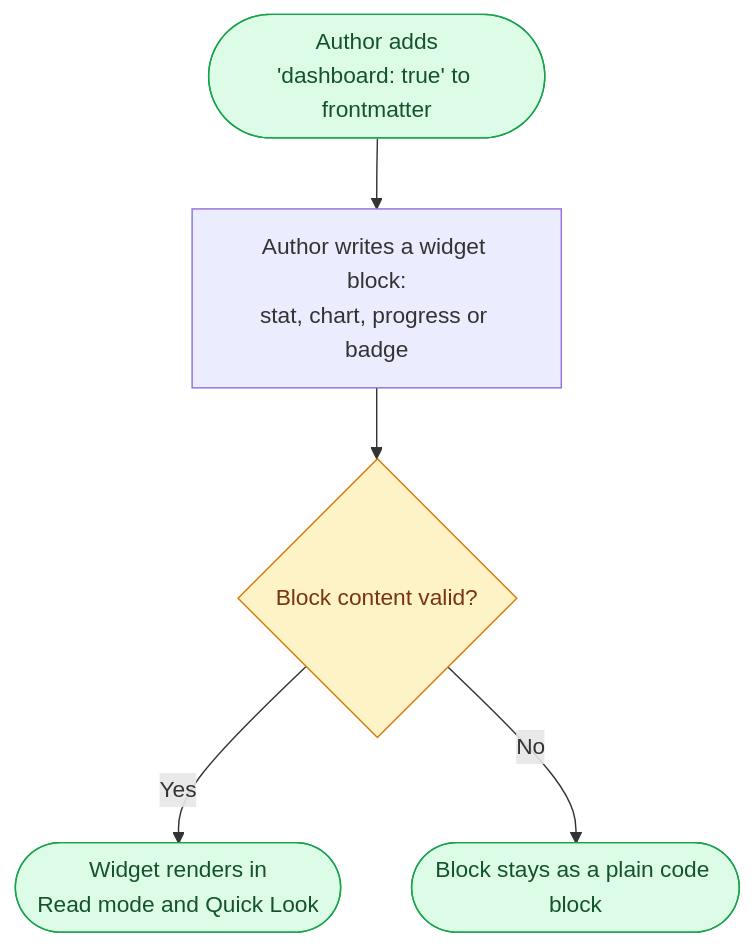
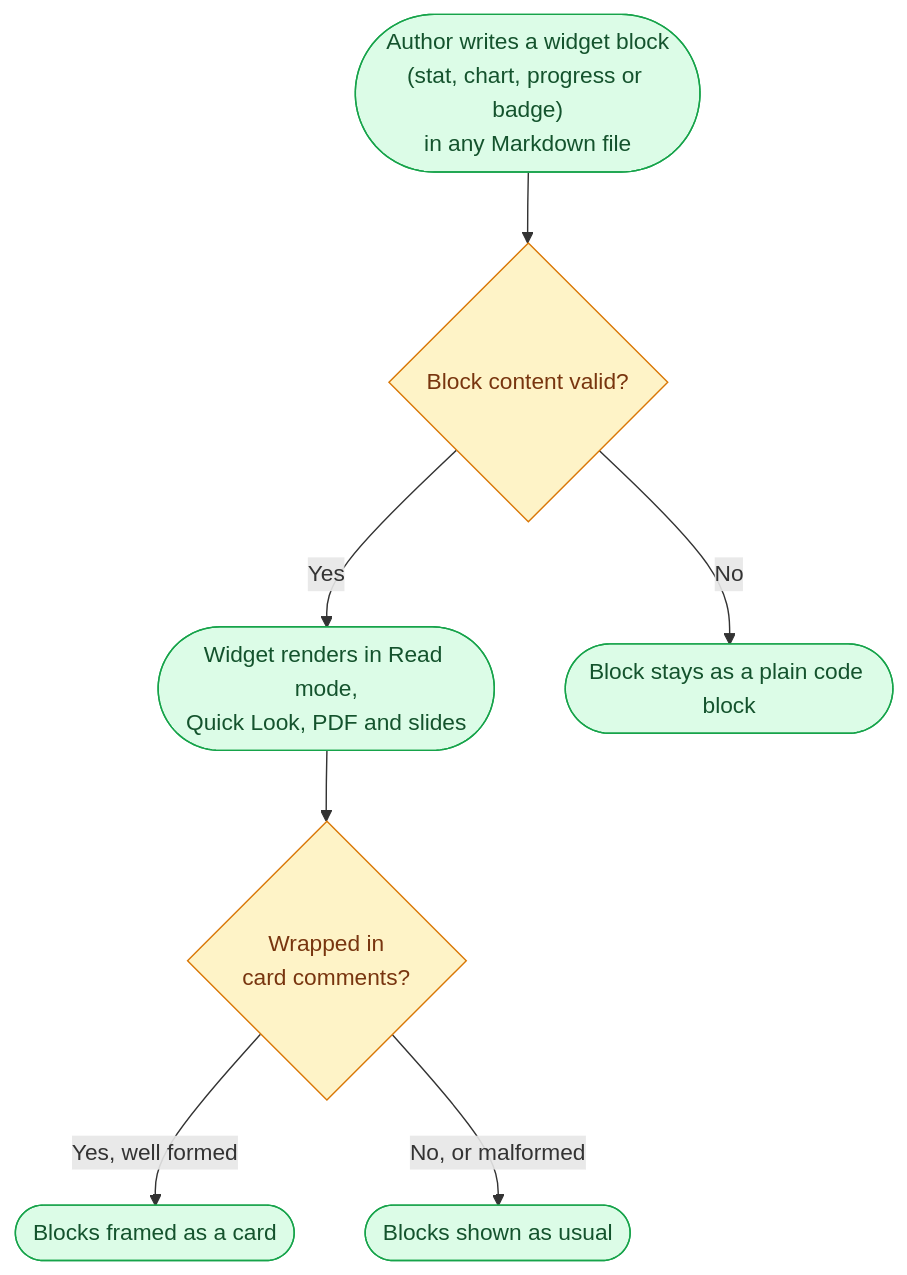
Before and after one commit to bluzky/daisy-app: the first of 5 diagrams in docs/features/markdown-dashboard.md, drawn with Mermaid. The commit also changed other lines of this file and 49 other files, not shown here.

First line of the commit message:
Render Markdown as a dashboard (#72)

````diff
--- a/docs/features/markdown-dashboard.md
+++ b/docs/features/markdown-dashboard.md
@@ -35,12 +40,14 @@
 ```mermaid
 flowchart TD
-    S(["Author adds<br/>'dashboard: true' to frontmatter"]) --> W["Author writes a widget block:<br/>stat, chart, progress or badge"]
-    W --> V{"Block content valid?"}
-    V -- Yes --> R(["Widget renders in<br/>Read mode and Quick Look"])
+    S(["Author writes a widget block<br/>(stat, chart, progress or badge)<br/>in any Markdown file"]) --> V{"Block content valid?"}
+    V -- Yes --> R(["Widget renders in Read mode,<br/>Quick Look, PDF and slides"])
     V -- No --> F(["Block stays as a plain code block"])
+    R --> C{"Wrapped in<br/>card comments?"}
+    C -- "Yes, well formed" --> K(["Blocks framed as a card"])
+    C -- "No, or malformed" --> P(["Blocks shown as usual"])
 
     classDef terminal fill:#dcfce7,stroke:#16a34a,color:#14532d
     classDef decision fill:#fef3c7,stroke:#d97706,color:#78350f
-    class S,R,F terminal
-    class V decision
+    class S,R,F,K,P terminal
+    class V,C decision
 ```
````
